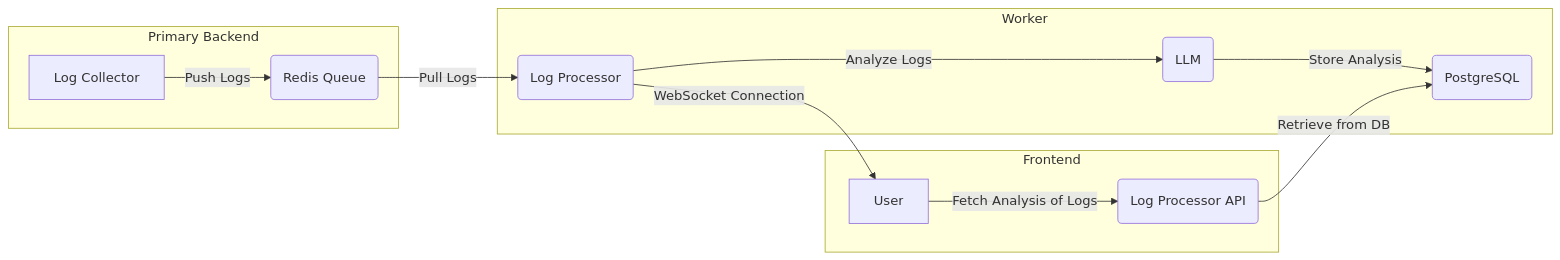
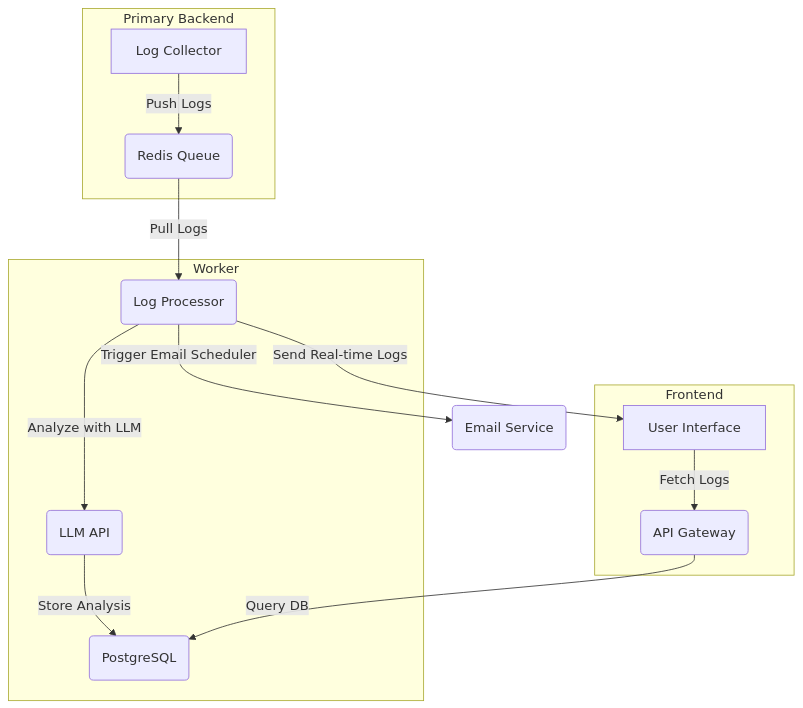
Before and after one commit to ronitsharma03/AI-powered-log-monitoring-and-analysis: the diagram in README.md, drawn with Mermaid. The commit also changed other lines of this file and 28 other files, not shown here.

````diff
--- a/README.md
+++ b/README.md
@@ -48,18 +72,20 @@
 ```mermaid
-flowchart LR
+flowchart TD
     subgraph Primary Backend
         A[Log Collector] --> |Push Logs| B(Redis Queue)
     end
     
     subgraph Worker
         B --> |Pull Logs| C(Log Processor)
-        C --> |Analyze Logs| D(LLM)
+        C --> |Analyze with LLM| D(LLM API)
         D --> |Store Analysis| E(PostgreSQL)
     end
     
     subgraph Frontend
-        F[User] --> |Fetch Analysis of Logs| G(Log Processor API)
-        G --> |Retrieve from DB| E
-        C --> |WebSocket Connection | F
+        F[User Interface] --> |Fetch Logs| G(API Gateway)
+        G --> |Query DB| E
+        C --> |Send Real-time Logs| F
     end
+    
+    C --> |Trigger Email Scheduler| H(Email Service)
 ```
````
